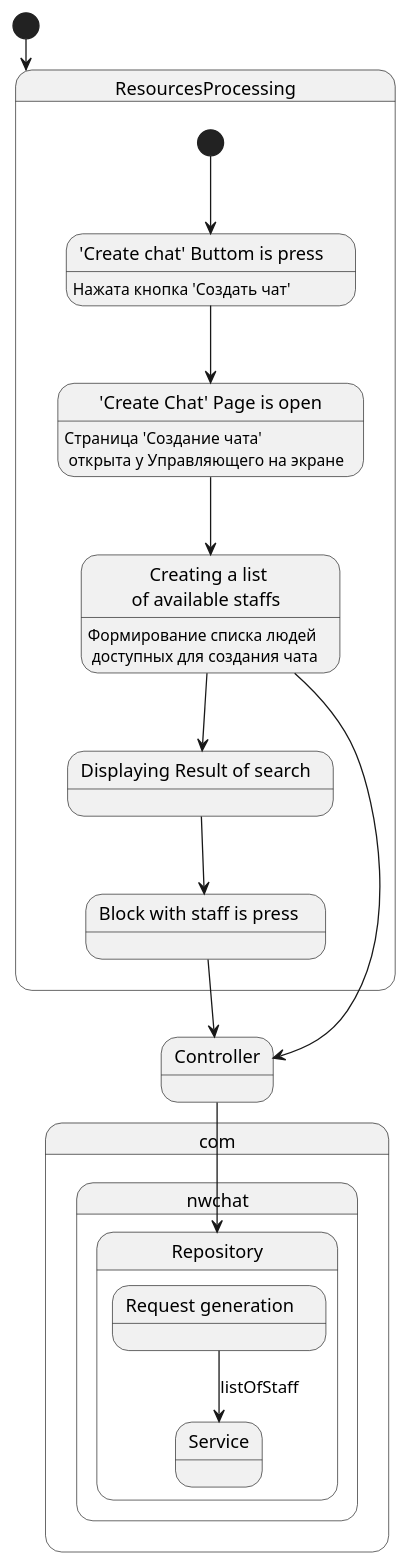
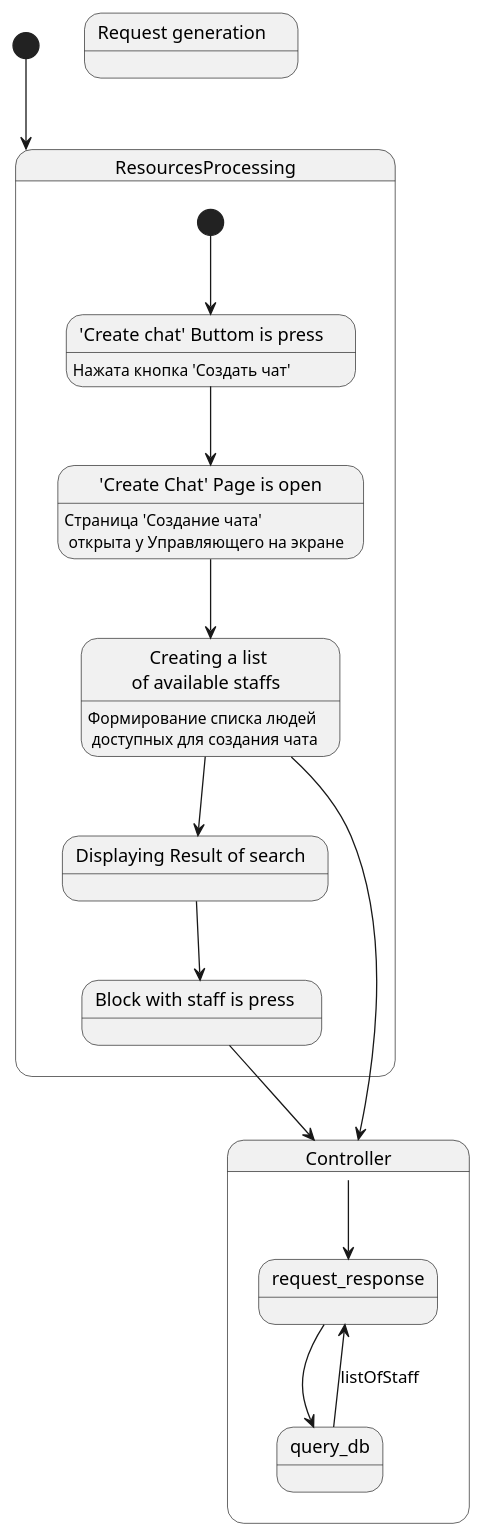
One commit to Pahoomich/nwchat changed the diagram in UML/state machine diagram/create_chat.puml. Above: the diagram before and after it, drawn with PlantUML.

```diff
--- a/UML/state machine diagram/create_chat.puml
+++ b/UML/state machine diagram/create_chat.puml
@@ -1,35 +1,33 @@
 @startuml
 [*] --> ResourcesProcessing
 
 state ResourcesProcessing {
   [*] --> PushOrederButtomIsPress
   PushOrederButtomIsPress --> CreateChatPageIsOpen
   CreateChatPageIsOpen --> CreateListOfPeople
   CreateListOfPeople --> ResultSearch
   ResultSearch --> BlockPress
 }
 CreateListOfPeople --> Controller
 BlockPress --> Controller
-state com.nwchat{
-    state Controller{
+state Controller{
+    state request_response {
 
     }
-    state Repository {
-        RequestGen --> Service: listOfStaff
-
+    state query_db {
 
     }
-    state Service {
 
-    }
-    Controller --> Repository
+    Controller --> request_response
+    request_response -> query_db
+    query_db --> request_response: listOfStaff
 }
 
 
 State "'Create chat' Buttom is press    " as PushOrederButtomIsPress: Нажата кнопка 'Создать чат'
 State "'Create Chat' Page is open" as CreateChatPageIsOpen: Страница 'Создание чата' \n открыта у Управляющего на экране
 State "Creating a list \n of available staffs   " as CreateListOfPeople: Формирование списка людей \n доступных для создания чата
 State "Request generation    " as RequestGen
 State "Displaying Result of search  " as ResultSearch
 State "Block with staff is press   " as BlockPress
 @enduml
```
